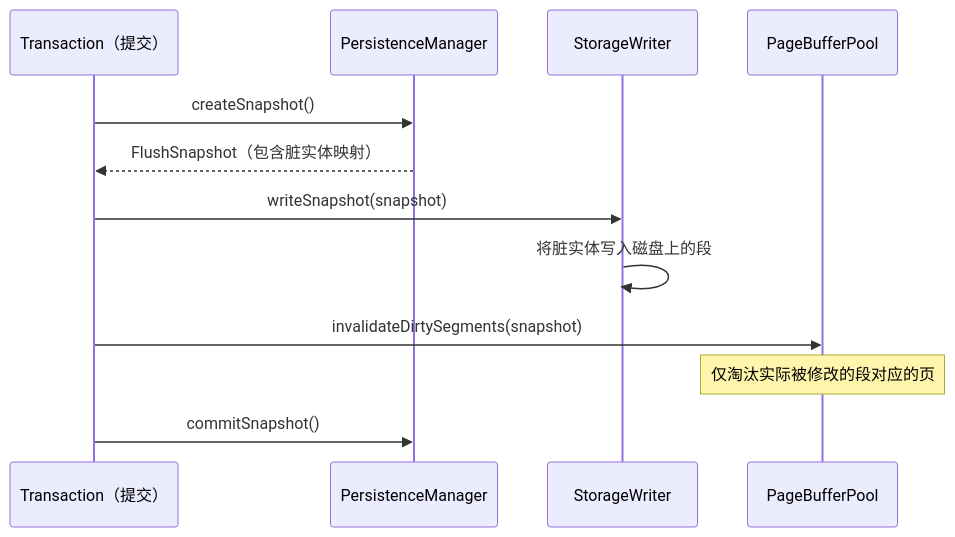
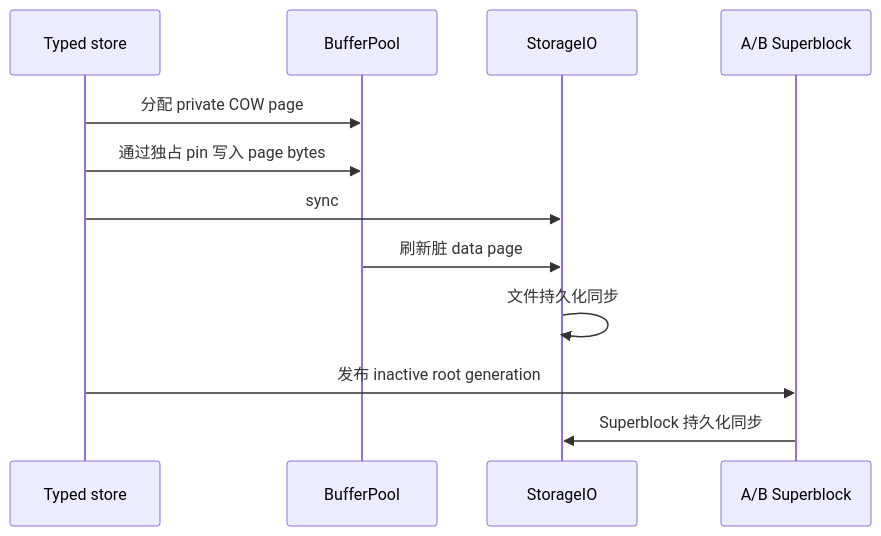
Before and after one commit to nexepic/zyx: the diagram in docs/apps/docs/content/docs/zh/zyx/architecture/cache.mdx, drawn with Mermaid. The commit also changed other lines of this file and 740 other files, not shown here.

````diff
--- a/docs/apps/docs/content/docs/zh/zyx/architecture/cache.mdx
+++ b/docs/apps/docs/content/docs/zh/zyx/architecture/cache.mdx
@@ -53,17 +35,15 @@
 ```mermaid
 sequenceDiagram
-    participant TX as Transaction（提交）
-    participant PM as PersistenceManager
-    participant SW as StorageWriter
-    participant PB as PageBufferPool
+    participant S as Typed store
+    participant BP as BufferPool
+    participant IO as StorageIO
+    participant SB as A/B Superblock
 
-    TX->>PM: createSnapshot()
-    PM-->>TX: FlushSnapshot（包含脏实体映射）
-
-    TX->>SW: writeSnapshot(snapshot)
-    SW->>SW: 将脏实体写入磁盘上的段
-
-    TX->>PB: invalidateDirtySegments(snapshot)
-    Note over PB: 仅淘汰实际被修改的段对应的页
-    TX->>PM: commitSnapshot()
+    S->>BP: 分配 private COW page
+    S->>BP: 通过独占 pin 写入 page bytes
+    S->>IO: sync
+    BP->>IO: 刷新脏 data page
+    IO->>IO: 文件持久化同步
+    S->>SB: 发布 inactive root generation
+    SB->>IO: Superblock 持久化同步
 ```
````
